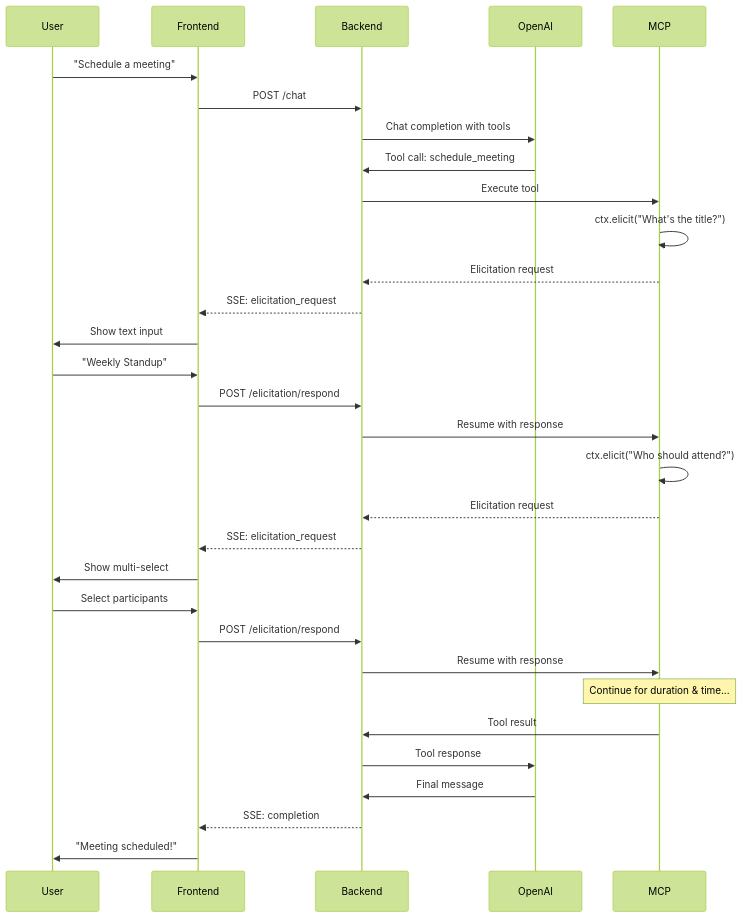
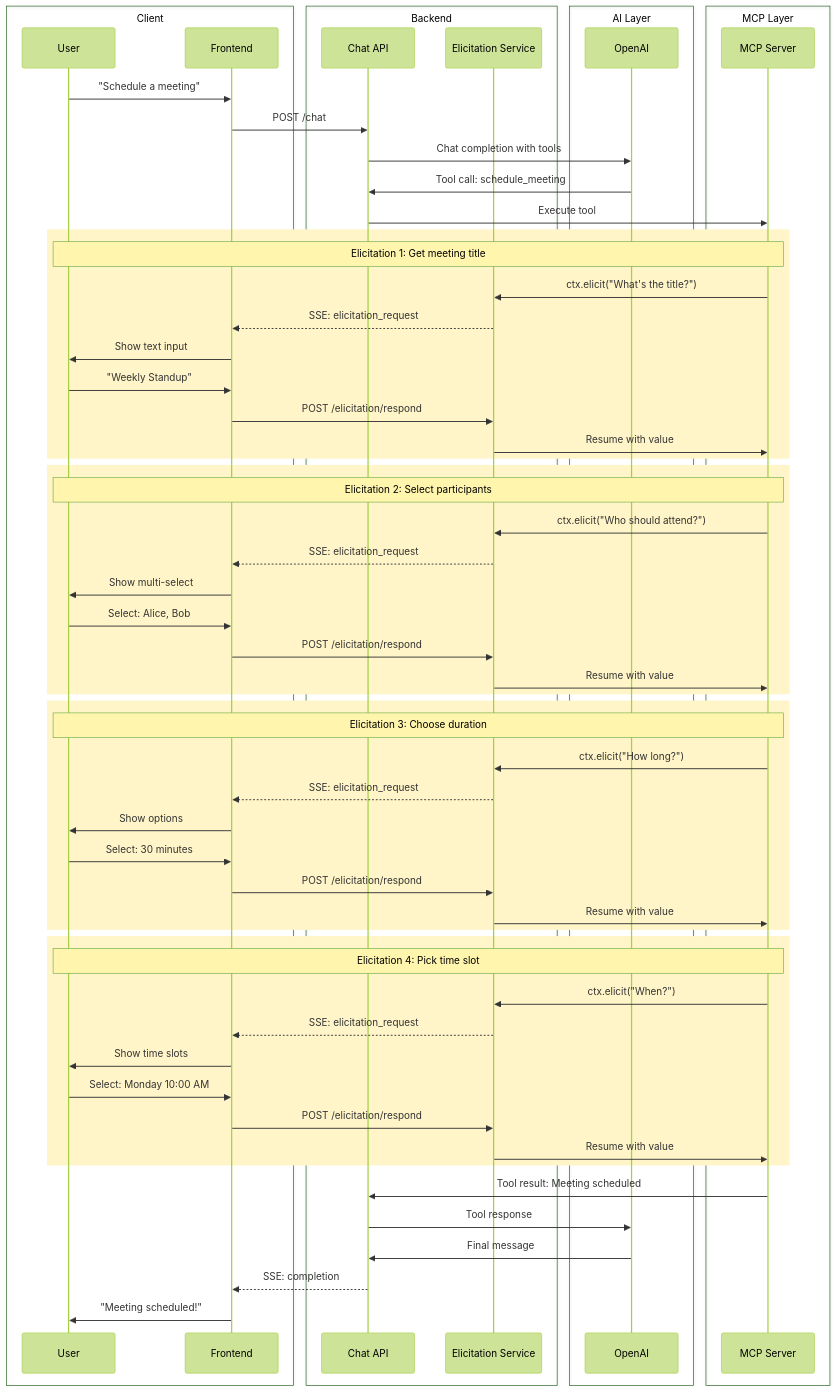
One commit to quickcall-dev/quickcall-mcp-elicitation changed the second of 2 diagrams in README.md. Above: the diagram before and after it, drawn with Mermaid (forest theme). The commit also changed other lines of this file, not shown here.

Commit message:
Improve README diagrams and add collapsibles
- Redesign architecture diagram with cleaner layout
- Add sequence diagram with box groupings for participants
- Highlight elicitation rounds with colored rectangles
- Wrap code examples in collapsible sections
- Use emoji for love in footer

````diff
--- a/README.md
+++ b/README.md
@@ -77,38 +77,72 @@
 ```mermaid
 sequenceDiagram
-    participant User
-    participant Frontend
-    participant Backend
-    participant OpenAI
-    participant MCP
+    box Client
+        participant User
+        participant Frontend
+    end
+
+    box Backend
+        participant API as Chat API
+        participant Elicit as Elicitation Service
+    end
+
+    box AI Layer
+        participant OpenAI
+    end
+
+    box MCP Layer
+        participant MCP as MCP Server
+    end
 
     User->>Frontend: "Schedule a meeting"
-    Frontend->>Backend: POST /chat
-    Backend->>OpenAI: Chat completion with tools
-    OpenAI->>Backend: Tool call: schedule_meeting
-    Backend->>MCP: Execute tool
+    Frontend->>API: POST /chat
+    API->>OpenAI: Chat completion with tools
+    OpenAI->>API: Tool call: schedule_meeting
+    API->>MCP: Execute tool
 
-    MCP->>MCP: ctx.elicit("What's the title?")
-    MCP-->>Backend: Elicitation request
-    Backend-->>Frontend: SSE: elicitation_request
-    Frontend->>User: Show text input
-    User->>Frontend: "Weekly Standup"
-    Frontend->>Backend: POST /elicitation/respond
-    Backend->>MCP: Resume with response
+    rect rgb(255, 245, 200)
+        Note over MCP,User: Elicitation 1: Get meeting title
+        MCP->>Elicit: ctx.elicit("What's the title?")
+        Elicit-->>Frontend: SSE: elicitation_request
+        Frontend->>User: Show text input
+        User->>Frontend: "Weekly Standup"
+        Frontend->>Elicit: POST /elicitation/respond
+        Elicit->>MCP: Resume with value
+    end
 
-    MCP->>MCP: ctx.elicit("Who should attend?")
-    MCP-->>Backend: Elicitation request
-    Backend-->>Frontend: SSE: elicitation_request
-    Frontend->>User: Show multi-select
-    User->>Frontend: Select participants
-    Frontend->>Backend: POST /elicitation/respond
-    Backend->>MCP: Resume with response
+    rect rgb(255, 245, 200)
+        Note over MCP,User: Elicitation 2: Select participants
+        MCP->>Elicit: ctx.elicit("Who should attend?")
+        Elicit-->>Frontend: SSE: elicitation_request
+        Frontend->>User: Show multi-select
+        User->>Frontend: Select: Alice, Bob
+        Frontend->>Elicit: POST /elicitation/respond
+        Elicit->>MCP: Resume with value
+    end
 
-    Note over MCP: Continue for duration & time...
+    rect rgb(255, 245, 200)
+        Note over MCP,User: Elicitation 3: Choose duration
+        MCP->>Elicit: ctx.elicit("How long?")
+        Elicit-->>Frontend: SSE: elicitation_request
+        Frontend->>User: Show options
+        User->>Frontend: Select: 30 minutes
+        Frontend->>Elicit: POST /elicitation/respond
+        Elicit->>MCP: Resume with value
+    end
 
-    MCP->>Backend: Tool result
-    Backend->>OpenAI: Tool response
-    OpenAI->>Backend: Final message
-    Backend-->>Frontend: SSE: completion
+    rect rgb(255, 245, 200)
+        Note over MCP,User: Elicitation 4: Pick time slot
+        MCP->>Elicit: ctx.elicit("When?")
+        Elicit-->>Frontend: SSE: elicitation_request
+        Frontend->>User: Show time slots
+        User->>Frontend: Select: Monday 10:00 AM
+        Frontend->>Elicit: POST /elicitation/respond
+        Elicit->>MCP: Resume with value
+    end
+
+    MCP->>API: Tool result: Meeting scheduled
+    API->>OpenAI: Tool response
+    OpenAI->>API: Final message
+    API-->>Frontend: SSE: completion
     Frontend->>User: "Meeting scheduled!"
 ```
````
